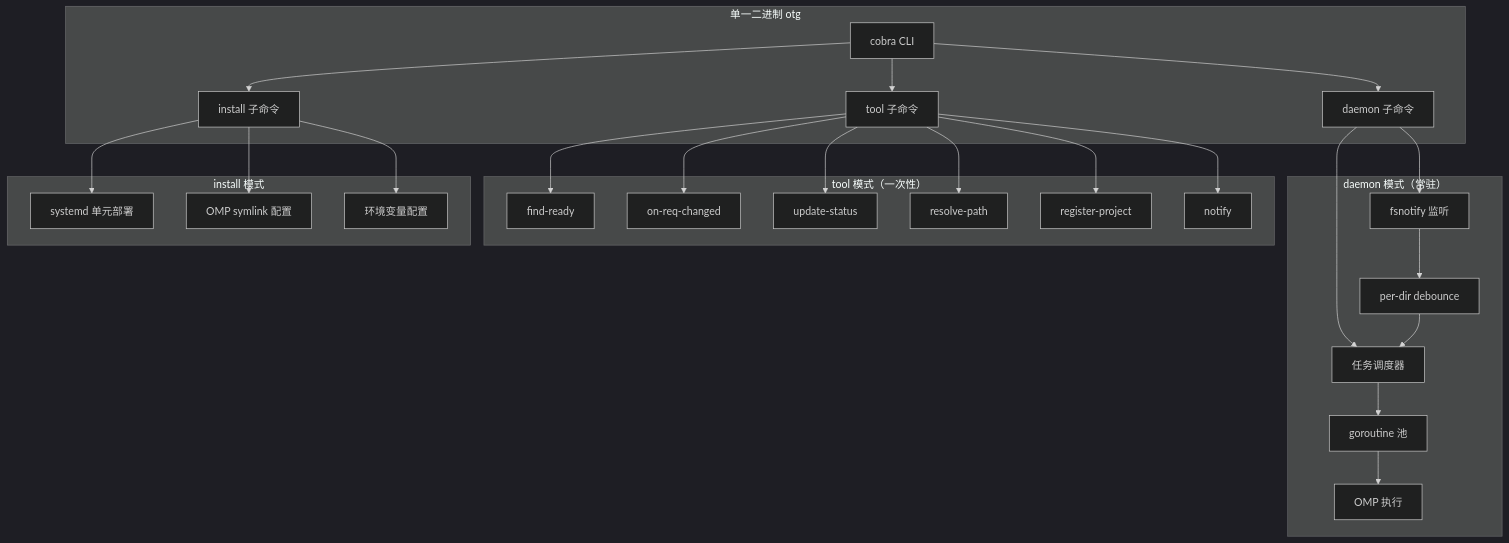
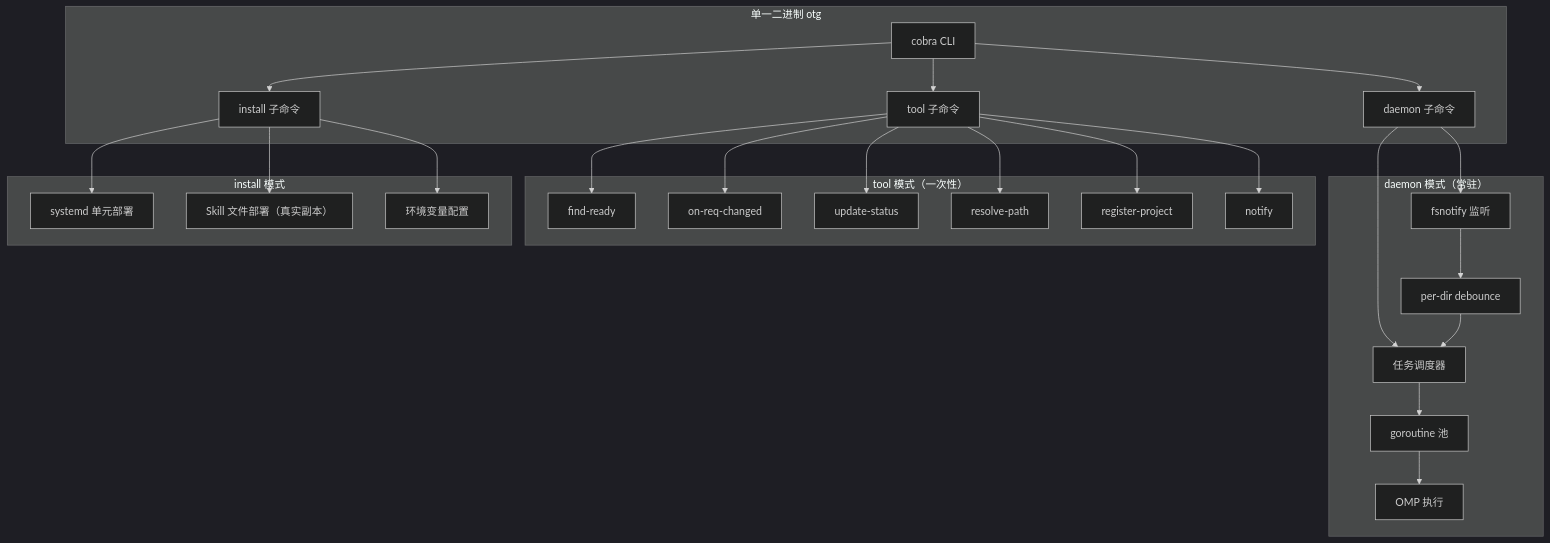
Before and after one commit to ndzuki/obsidian-task-runner: the diagram in docs/go-rewrite-plan.md, drawn with Mermaid (dark theme). The commit also changed 2 other files, not shown here.

Commit message:
docs: sync skill structure changes — symlink→real copies, diagnosing-bugs rename, 6-skill install

````diff
--- a/docs/go-rewrite-plan.md
+++ b/docs/go-rewrite-plan.md
@@ -9,33 +9,33 @@
 ```mermaid
 flowchart TD
     subgraph "单一二进制 otg"
         CLI[cobra CLI]
         CLI --> Daemon[daemon 子命令]
         CLI --> Tool[tool 子命令]
         CLI --> Install[install 子命令]
     end
 
     subgraph "daemon 模式（常驻）"
         Daemon --> Watcher[fsnotify 监听]
         Daemon --> Scheduler[任务调度器]
         Scheduler --> Pool[goroutine 池]
         Pool --> Exec[OMP 执行]
         Watcher --> Debounce[per-dir debounce]
         Debounce --> Scheduler
     end
 
     subgraph "tool 模式（一次性）"
         Tool --> FindReady[find-ready]
         Tool --> ReqChanged[on-req-changed]
         Tool --> UpdateStatus[update-status]
         Tool --> ResolvePath[resolve-path]
         Tool --> RegisterProject[register-project]
         Tool --> Notify[notify]
     end
 
     subgraph "install 模式"
         Install --> Systemd[systemd 单元部署]
-        Install --> Symlink[OMP symlink 配置]
+        Install --> SkillDeploy[Skill 文件部署（真实副本）]
         Install --> Env[环境变量配置]
     end
 ```
````
